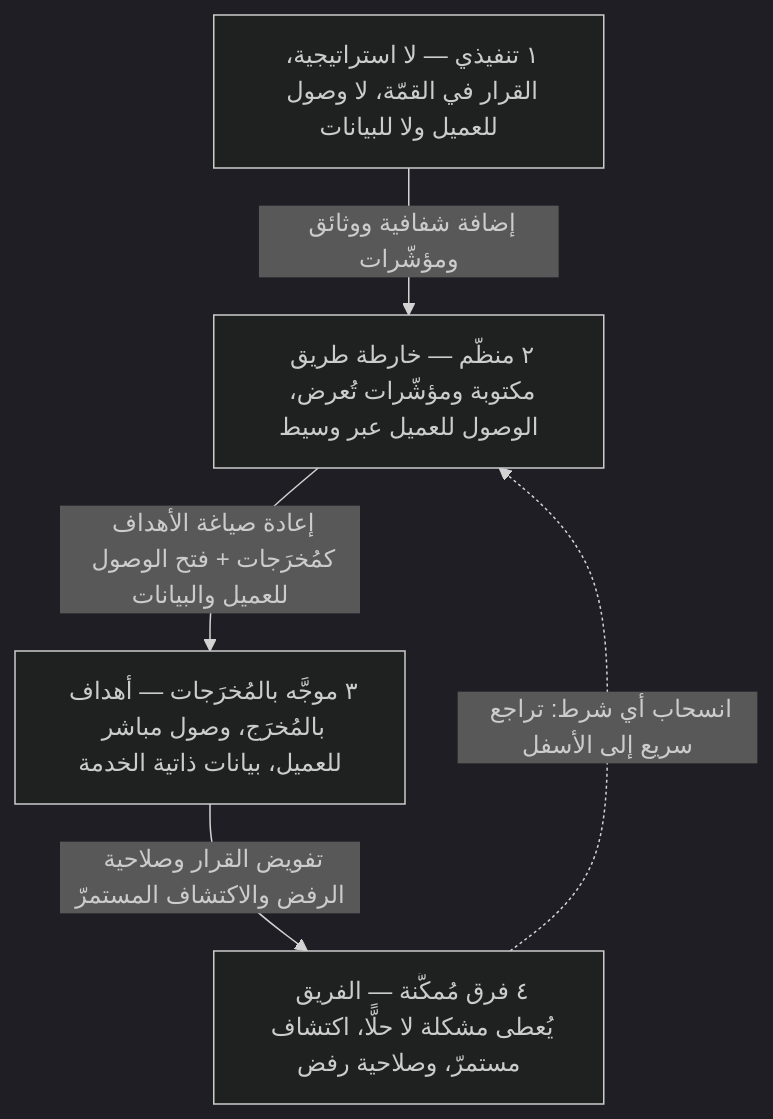
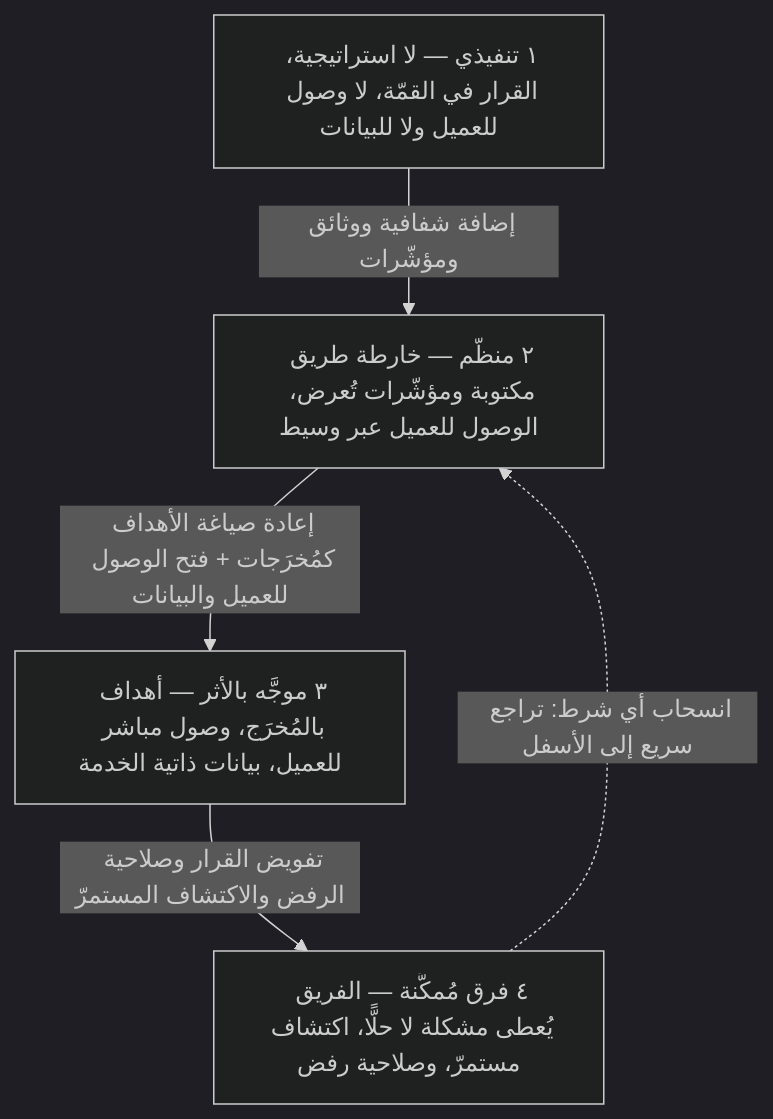
Before and after one commit to MohammedFattay/Project_Management_Notes: the diagram in content/معجم المصطلحات/Product Maturity.md, drawn with Mermaid (dark theme). The commit also changed other lines of this file and 47 other files, not shown here.

````diff
--- a/content/معجم المصطلحات/Product Maturity.md
+++ b/content/معجم المصطلحات/Product Maturity.md
@@ -29,11 +29,11 @@
 ```mermaid
 flowchart TD
     L1["١ تنفيذي — لا استراتيجية، القرار في القمّة، لا وصول للعميل ولا للبيانات"]
     L2["٢ منظَّم — خارطة طريق مكتوبة ومؤشّرات تُعرض، الوصول للعميل عبر وسيط"]
-    L3["٣ موجَّه بالمُخرَجات — أهداف بالمُخرَج، وصول مباشر للعميل، بيانات ذاتية الخدمة"]
+    L3["٣ موجَّه بالأثر — أهداف بالمُخرَج، وصول مباشر للعميل، بيانات ذاتية الخدمة"]
     L4["٤ فرق مُمكَّنة — الفريق يُعطى مشكلة لا حلًّا، اكتشاف مستمرّ، وصلاحية رفض"]
     L1 -->|"إضافة شفافية ووثائق ومؤشّرات"| L2
     L2 -->|"إعادة صياغة الأهداف كمُخرَجات + فتح الوصول للعميل والبيانات"| L3
     L3 -->|"تفويض القرار وصلاحية الرفض والاكتشاف المستمرّ"| L4
     L4 -.->|"انسحاب أي شرط: تراجع سريع إلى الأسفل"| L2
 ```
````
